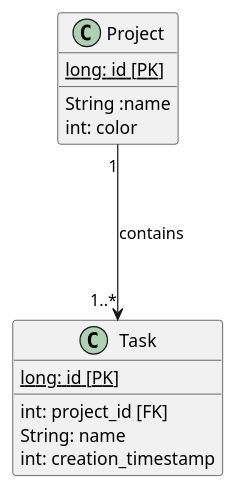
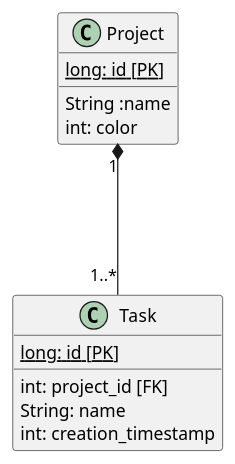
One commit to PierreChigot/todoc changed the diagram in app/todoc.puml. Above: the diagram before and after it, drawn with PlantUML. The commit also changed other lines of this file and 10 other files, not shown here.

```diff
--- a/app/todoc.puml
+++ b/app/todoc.puml
@@ -1,19 +3,19 @@
 @startuml
 
 class Project {
     {static}long: id [PK]
     ___
     String :name
     int: color
 }
 
 class Task {
     {static}long: id [PK]
     ___
     int: project_id [FK]
     String: name
     int: creation_timestamp
 }
 
-Project "1" ---> "1..*" Task : contains
+Project "1" *--- "1..*" Task
 @enduml
```
